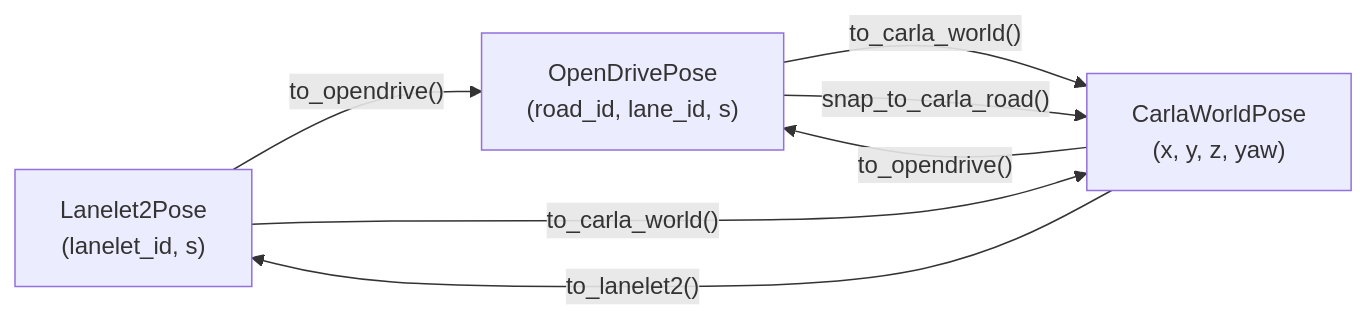
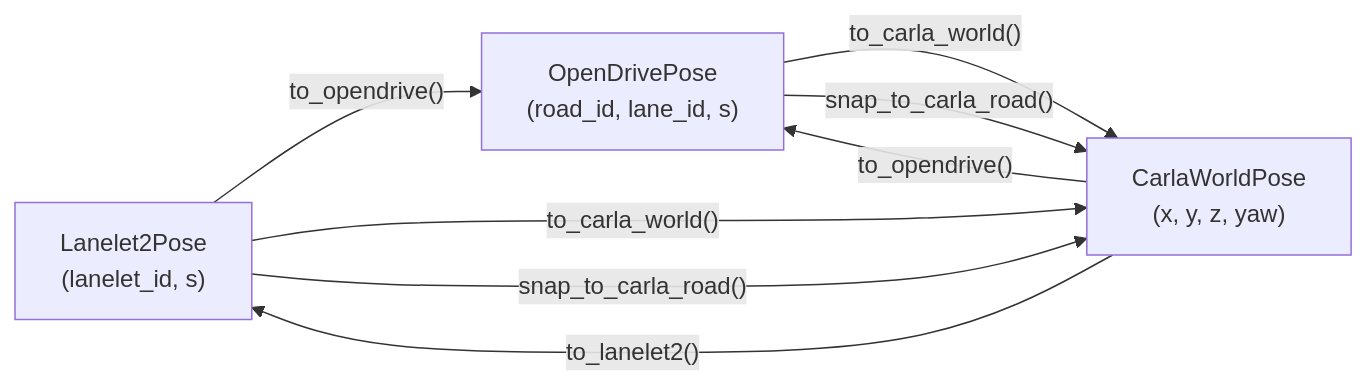
The tenth of 13 diagrams in autoware_carla_scenario/docs/architecture.md (autowarefoundation/autoware_carla_scenario), drawn with Mermaid before and after one commit. The commit also changed other lines of this file and 21 other files, not shown here.

````diff
--- a/autoware_carla_scenario/docs/architecture.md
+++ b/autoware_carla_scenario/docs/architecture.md
@@ -1276,13 +1276,14 @@
 ```mermaid
 graph LR
     L2["Lanelet2Pose<br/>(lanelet_id, s)"]
     OD["OpenDrivePose<br/>(road_id, lane_id, s)"]
     CW["CarlaWorldPose<br/>(x, y, z, yaw)"]
 
     L2 -->|"to_opendrive()"| OD
     L2 -->|"to_carla_world()"| CW
     OD -->|"to_carla_world()"| CW
     CW -->|"to_lanelet2()"| L2
+    L2 -->|"snap_to_carla_road()"| CW
     OD -->|"snap_to_carla_road()"| CW
     CW -->|"to_opendrive()"| OD
 ```
````
